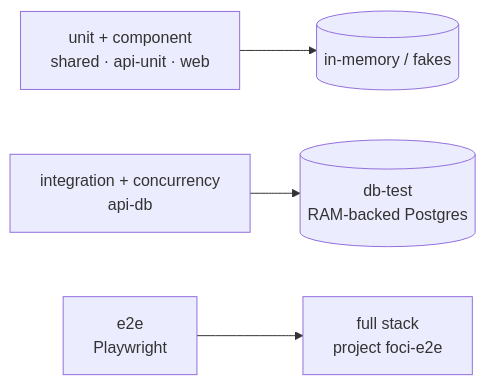
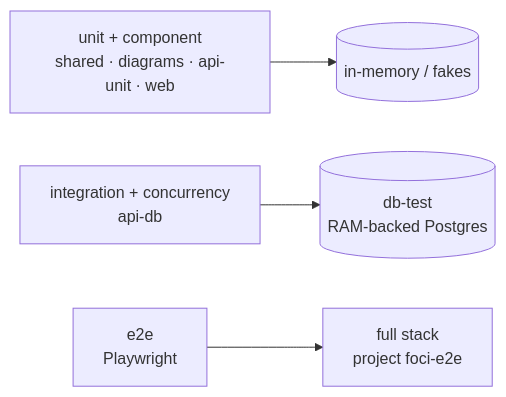
One commit to charlesmalo/FociToDo changed the diagram in docs/testing.md. Above: the diagram before and after it, drawn with Mermaid. The commit also changed 25 other files, not shown here.

First line of the commit message:
docs(diagrams): match the wireframes and diagrams to the current UI and API

````diff
--- a/docs/testing.md
+++ b/docs/testing.md
@@ -29,6 +29,6 @@
 ```mermaid
 flowchart LR
-  U[unit + component<br/>shared · api-unit · web] --> M[(in-memory / fakes)]
+  U[unit + component<br/>shared · diagrams · api-unit · web] --> M[(in-memory / fakes)]
   I[integration + concurrency<br/>api-db] --> T[(db-test<br/>RAM-backed Postgres)]
   E[e2e<br/>Playwright] --> S[full stack<br/>project foci-e2e]
 ```
````
